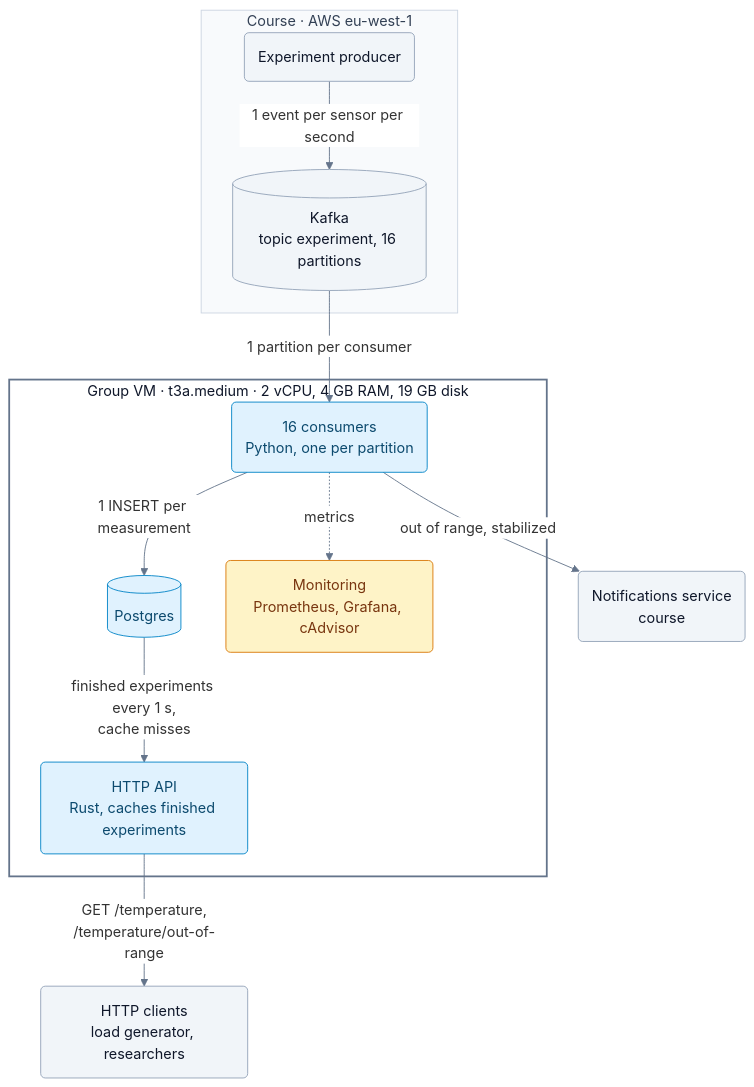
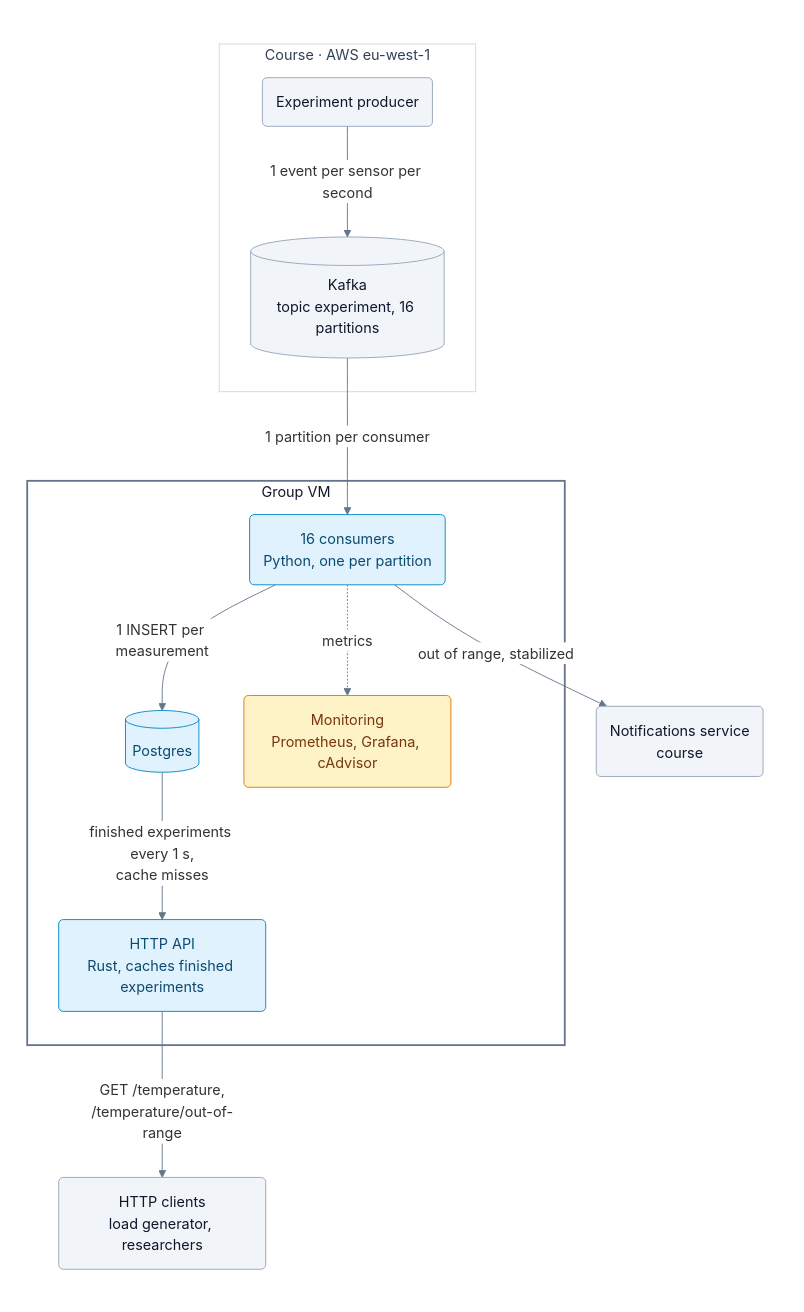
Before and after one commit to jakobvongehlen/cec-assignment-implementation: the diagram in README.md, drawn with Mermaid. The commit also changed other lines of this file, not shown here.

First line of the commit message:
docs: shorter README, white diagram background

````diff
--- a/README.md
+++ b/README.md
@@ -7,35 +7,39 @@
 ```mermaid
-%%{init: {"theme": "base", "themeVariables": {"lineColor": "#64748b", "textColor": "#0f172a", "edgeLabelBackground": "#ffffff"}}}%%
+%%{init: {"theme": "base", "themeVariables": {"background": "#ffffff", "lineColor": "#64748b", "textColor": "#0f172a", "edgeLabelBackground": "#ffffff"}}}%%
 flowchart TB
-    subgraph course[" Course · AWS eu-west-1 "]
-        producer("Experiment producer")
-        kafka[("Kafka<br/>topic experiment, 16 partitions")]
+    subgraph page[" "]
+        direction TB
+        subgraph course[" Course · AWS eu-west-1 "]
+            producer("Experiment producer")
+            kafka[("Kafka<br/>topic experiment, 16 partitions")]
+        end
+
+        subgraph vm[" Group VM "]
+            consumers("16 consumers<br/>Python, one per partition")
+            db[("Postgres")]
+            api("HTTP API<br/>Rust, caches finished experiments")
+            mon("Monitoring<br/>Prometheus, Grafana, cAdvisor")
+        end
+
+        notify("Notifications service<br/>course")
+        clients("HTTP clients<br/>load generator, researchers")
     end
-
-    subgraph vm[" Group VM · t3a.medium · 2 vCPU, 4 GB RAM, 19 GB disk "]
-        consumers("16 consumers<br/>Python, one per partition")
-        db[("Postgres")]
-        api("HTTP API<br/>Rust, caches finished experiments")
-        mon("Monitoring<br/>Prometheus, Grafana, cAdvisor")
-    end
-
-    notify("Notifications service<br/>course")
-    clients("HTTP clients<br/>load generator, researchers")
 
     producer -->|"1 event per sensor per second"| kafka
     kafka -->|"1 partition per consumer"| consumers
     consumers -->|"1 INSERT per measurement"| db
     consumers -->|"out of range, stabilized"| notify
     db -->|"finished experiments every 1 s,<br/>cache misses"| api
     api -->|"GET /temperature,<br/>/temperature/out-of-range"| clients
     consumers -.->|"metrics"| mon
 
     classDef external fill:#f1f5f9,stroke:#94a3b8,color:#0f172a
     classDef service fill:#e0f2fe,stroke:#0284c7,color:#0c4a6e
     classDef monitor fill:#fef3c7,stroke:#d97706,color:#78350f
     class producer,kafka,notify,clients external
     class consumers,db,api service
     class mon monitor
+    style page fill:#ffffff,stroke:#ffffff
     style vm fill:#ffffff,stroke:#64748b,stroke-width:2px,color:#0f172a
-    style course fill:#f8fafc,stroke:#cbd5e1,color:#334155
+    style course fill:#ffffff,stroke:#cbd5e1,color:#334155
 ```
````
